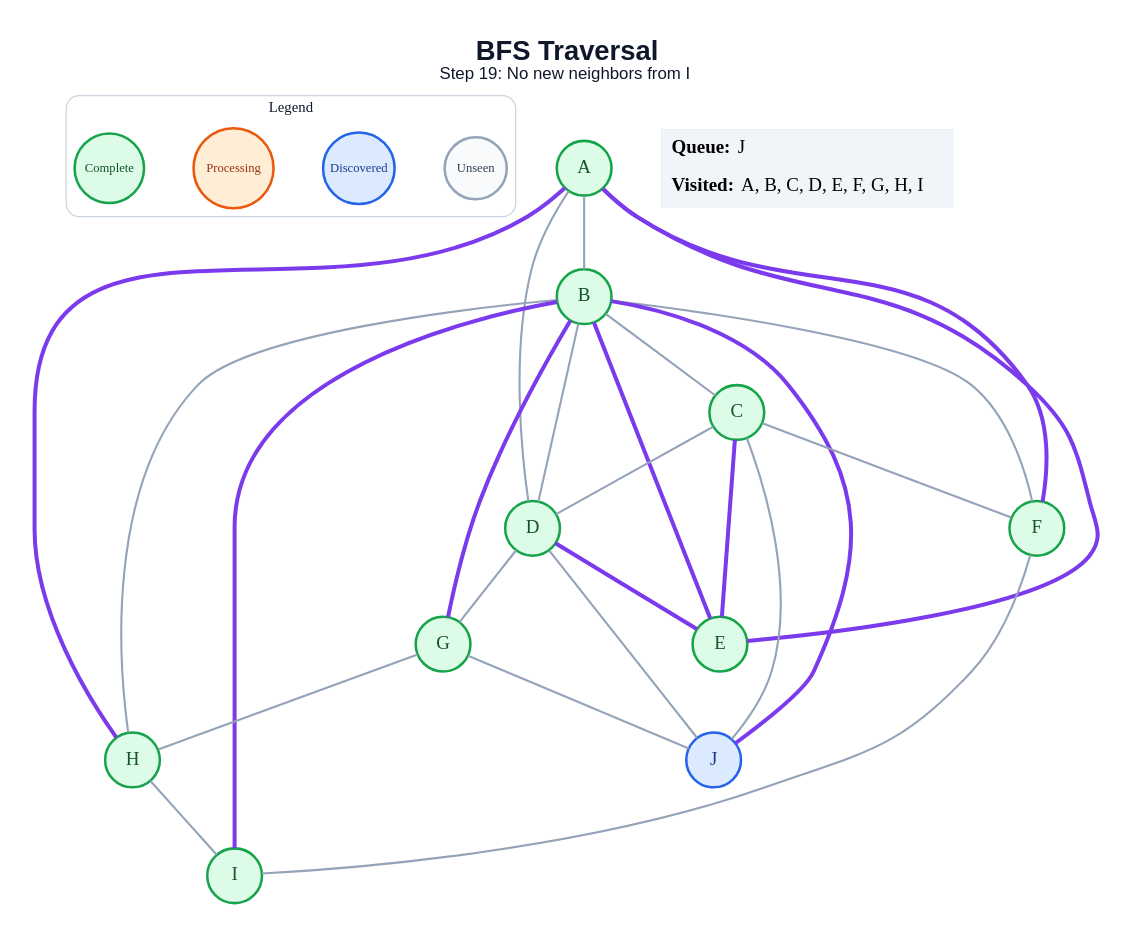
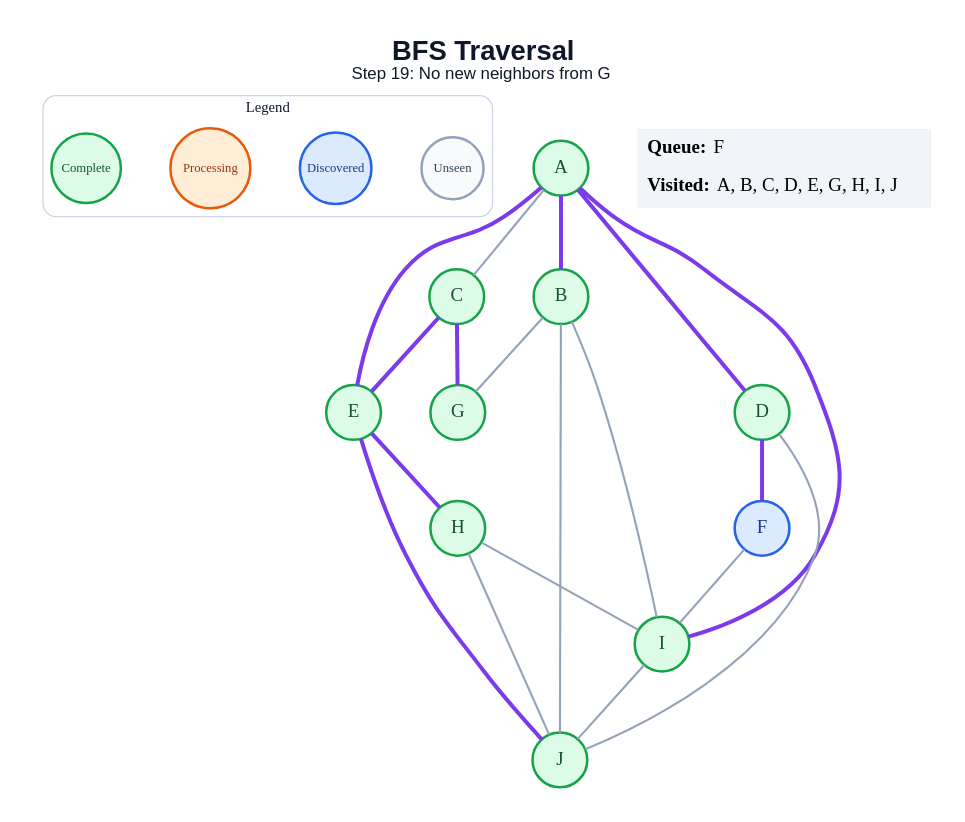
Before and after one commit to amanghodawala9/ai-slop: the diagram in generated/specific-node/bfs/step_19.dot, drawn with Graphviz. The commit also changed 178 other files, not shown here.

```diff
--- a/generated/specific-node/bfs/step_19.dot
+++ b/generated/specific-node/bfs/step_19.dot
@@ -1,53 +1,47 @@
 graph traversal {
   graph [layout=dot, rankdir=TB, bgcolor="#FFFFFF", pad="0.35", nodesep="0.65", ranksep="0.8", fontname="Arial"];
   node [shape=circle, style="filled", fontname="Arial Bold", fontsize=18, width=0.72, fixedsize=true, penwidth=2.4];
   edge [color="#94A3B8", penwidth=2.0];
-  label=<<B>BFS Traversal</B><BR/><FONT POINT-SIZE="16">Step 19: No new neighbors from I</FONT>>; labelloc="t"; fontsize=26; fontname="Arial"; fontcolor="#0F172A";
+  label=<<B>BFS Traversal</B><BR/><FONT POINT-SIZE="16">Step 19: No new neighbors from G</FONT>>; labelloc="t"; fontsize=26; fontname="Arial"; fontcolor="#0F172A";
   subgraph cluster_legend { label="Legend"; color="#CBD5E1"; penwidth=1.2; style="rounded"; fontsize=14; fontname="Arial Bold";
     key_unseen [label="Unseen", fillcolor="#F8FAFC", color="#94A3B8", fontcolor="#334155", fontsize=12, width=0.82];
     key_frontier [label="Discovered", fillcolor="#DBEAFE", color="#2563EB", fontcolor="#1E3A8A", fontsize=12, width=0.95];
     key_current [label="Processing", fillcolor="#FFEDD5", color="#EA580C", fontcolor="#9A3412", fontsize=12, width=1.05];
     key_done [label="Complete", fillcolor="#DCFCE7", color="#16A34A", fontcolor="#14532D", fontsize=12, width=0.92];
     { rank=same; key_unseen; key_frontier; key_current; key_done; }
   }
   A [fillcolor="#DCFCE7", color="#16A34A", fontcolor="#14532D"];
   B [fillcolor="#DCFCE7", color="#16A34A", fontcolor="#14532D"];
   C [fillcolor="#DCFCE7", color="#16A34A", fontcolor="#14532D"];
   D [fillcolor="#DCFCE7", color="#16A34A", fontcolor="#14532D"];
   E [fillcolor="#DCFCE7", color="#16A34A", fontcolor="#14532D"];
-  F [fillcolor="#DCFCE7", color="#16A34A", fontcolor="#14532D"];
+  F [fillcolor="#DBEAFE", color="#2563EB", fontcolor="#1E3A8A"];
   G [fillcolor="#DCFCE7", color="#16A34A", fontcolor="#14532D"];
   H [fillcolor="#DCFCE7", color="#16A34A", fontcolor="#14532D"];
   I [fillcolor="#DCFCE7", color="#16A34A", fontcolor="#14532D"];
-  J [fillcolor="#DBEAFE", color="#2563EB", fontcolor="#1E3A8A"];
-  A -- B;
-  A -- D;
+  J [fillcolor="#DCFCE7", color="#16A34A", fontcolor="#14532D"];
+  A -- B [color="#7C3AED", penwidth=3.8];
+  A -- C;
+  A -- D [color="#7C3AED", penwidth=3.8];
   A -- E [color="#7C3AED", penwidth=3.8];
-  A -- F [color="#7C3AED", penwidth=3.8];
-  A -- H [color="#7C3AED", penwidth=3.8];
-  B -- C;
-  B -- D;
-  B -- E [color="#7C3AED", penwidth=3.8];
-  B -- F;
-  B -- G [color="#7C3AED", penwidth=3.8];
-  B -- H;
-  B -- I [color="#7C3AED", penwidth=3.8];
-  B -- J [color="#7C3AED", penwidth=3.8];
-  C -- D;
+  A -- I [color="#7C3AED", penwidth=3.8];
+  B -- G;
+  B -- I;
+  B -- J;
   C -- E [color="#7C3AED", penwidth=3.8];
-  C -- F;
-  C -- J;
-  D -- E [color="#7C3AED", penwidth=3.8];
-  D -- G;
+  C -- G [color="#7C3AED", penwidth=3.8];
+  D -- F [color="#7C3AED", penwidth=3.8];
   D -- J;
+  E -- H [color="#7C3AED", penwidth=3.8];
+  E -- J [color="#7C3AED", penwidth=3.8];
   F -- I;
-  G -- H;
-  G -- J;
   H -- I;
+  H -- J;
+  I -- J;
   status [shape=plain, fixedsize=false, width=0, height=0, margin=0, label=<
     <TABLE BORDER="0" CELLBORDER="0" CELLPADDING="7" BGCOLOR="#F1F5F9">
-      <TR><TD ALIGN="LEFT"><B>Queue:</B> J</TD></TR>
-      <TR><TD ALIGN="LEFT"><B>Visited:</B> A, B, C, D, E, F, G, H, I</TD></TR>
+      <TR><TD ALIGN="LEFT"><B>Queue:</B> F</TD></TR>
+      <TR><TD ALIGN="LEFT"><B>Visited:</B> A, B, C, D, E, G, H, I, J</TD></TR>
     </TABLE>
   >];
 }
```
